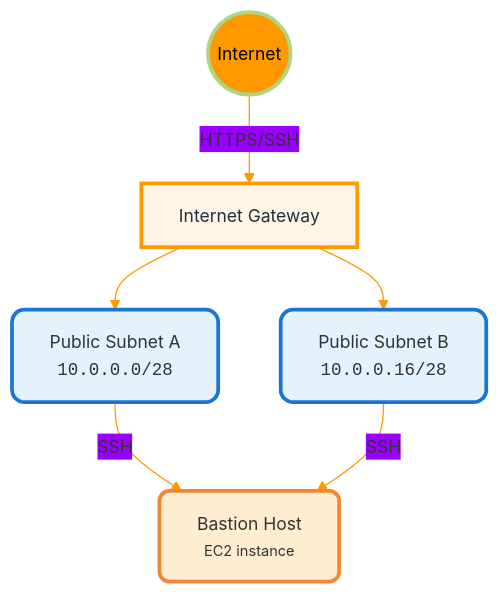
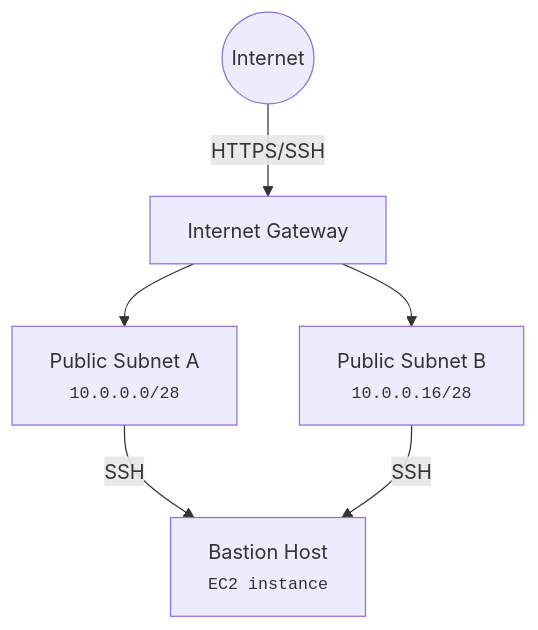
Before and after one commit to josephpipitone/megazone-cloud-tech-assessment: the first of 2 diagrams in infra-C1/README.md, drawn with Mermaid. The commit also changed other lines of this file, not shown here.

Commit message:
fix: mermaid diagrams for infra-C1

````diff
--- a/infra-C1/README.md
+++ b/infra-C1/README.md
@@ -8,25 +8,14 @@
 ```mermaid
-%%{init: {'theme': 'base', 'themeVariables': { 'primaryColor': '#FF9900', 'primaryBorderColor': '#D68000', 'lineColor': '#FF9900', 'fontSize': '14px'}}}%%
 graph TD
     Internet(("Internet"))
     IGW[Internet Gateway]
-    PubA[Public Subnet A<br/><code>10.0.0.0/28</code>]
-    PubB[Public Subnet B<br/><code>10.0.0.16/28</code>]
-    Bastion[Bastion Host<br/><small>EC2 instance</small>]
+    PubA[Public Subnet A<br/><small><code>10.0.0.0/28</code></small>]
+    PubB[Public Subnet B<br/><small><code>10.0.0.16/28</code></small>]
+    Bastion[Bastion Host<br/><small><code>EC2 instance</code></small>]
 
     Internet -->|HTTPS/SSH| IGW
     IGW --> PubA
     IGW --> PubB
     PubA -->|SSH| Bastion
     PubB -->|SSH| Bastion
-
-    classDef internet fill:#E8F5E9E,stroke:#AED581,stroke-width:3px,color:#000;
-    classDef aws fill:#FFF4E5,stroke:#FF9900,stroke-width:3px,color:#232F3E;
-    classDef subnet fill:#E3F2FD,stroke:#1976D2,stroke-width:3px,rx:10,ry:10;
-    classDef ec2 fill:#FFEDD1,stroke:#F58536,stroke-width:3px,rx:8,ry:8;
-
-    class Internet internet
-    class IGW aws
-    class PubA,PubB subnet
-    class Bastion ec2
 ```
````
